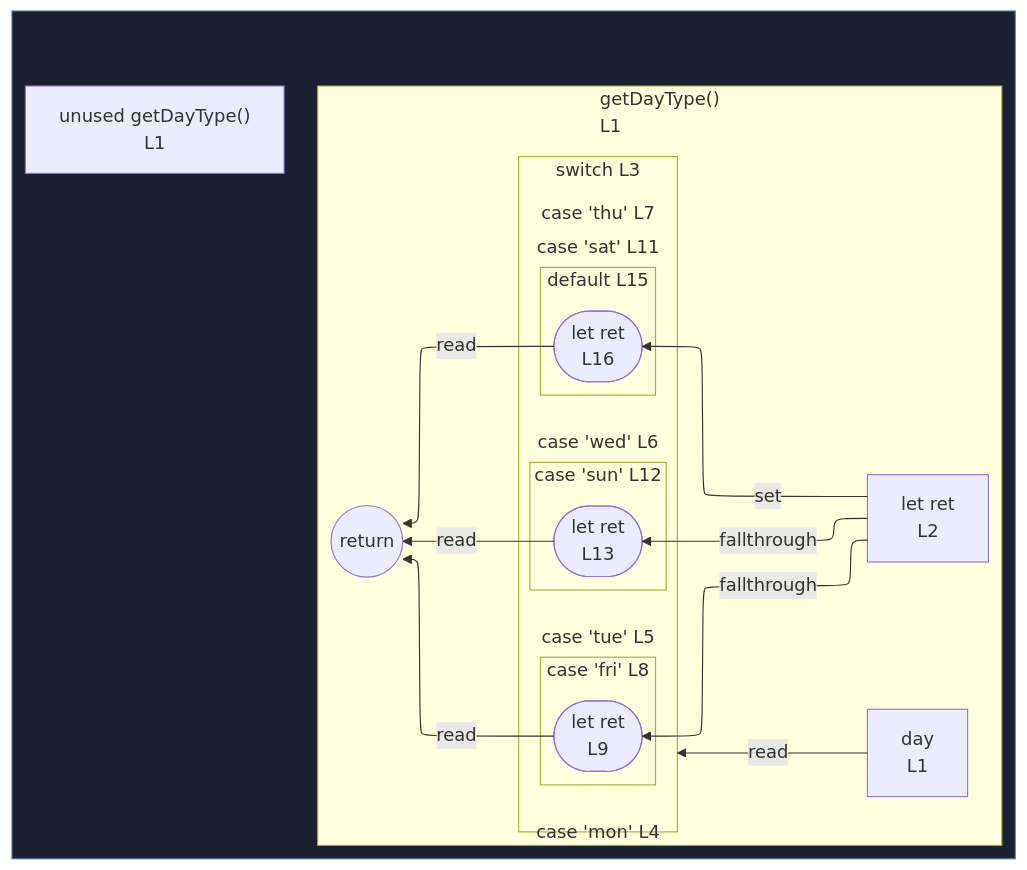
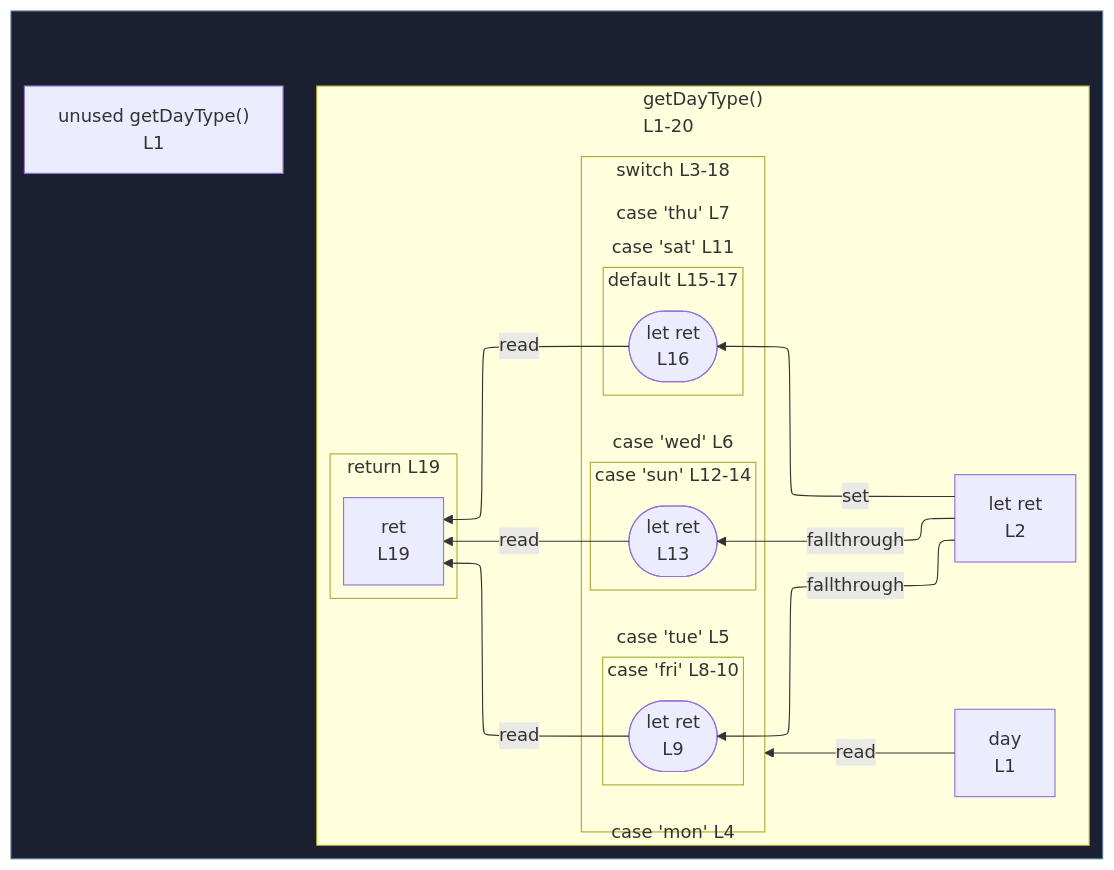
Before and after one commit to crescware/unsnarl: the diagram in integration/fixtures/function-switch-grouped-cases/preview.md, drawn with Mermaid. The commit also changed 125 other files, not shown here.

````diff
--- a/integration/fixtures/function-switch-grouped-cases/preview.md
+++ b/integration/fixtures/function-switch-grouped-cases/preview.md
@@ -30,53 +30,56 @@
 ```mermaid
 %%{init: {"flowchart": {"defaultRenderer": "elk"}}}%%
 flowchart RL
   subgraph wrap_s_scope_1[" "]
     direction TB
     n_scope_0_getDayType_9["unused getDayType()<br/>L1"]
-    subgraph s_scope_1["getDayType()<br/>L1"]
+    subgraph s_scope_1["getDayType()<br/>L1-20"]
       direction RL
-      return_scope_0_getDayType_9((return))
       n_scope_1_day_20["day<br/>L1"]
       n_scope_1_ret_33["let ret<br/>L2"]
-      subgraph s_scope_2["switch L3"]
+      subgraph s_return_scope_0_getDayType_9["return L19"]
+        direction RL
+        ret_use_ref_4["ret<br/>L19"]
+      end
+      subgraph s_scope_2["switch L3-18"]
         direction RL
         subgraph s_scope_3["case 'mon' L4"]
           direction RL
         end
         subgraph s_scope_4["case 'tue' L5"]
           direction RL
         end
         subgraph s_scope_5["case 'wed' L6"]
           direction RL
         end
         subgraph s_scope_6["case 'thu' L7"]
           direction RL
         end
-        subgraph s_scope_7["case 'fri' L8"]
+        subgraph s_scope_7["case 'fri' L8-10"]
           direction RL
           wr_ref_1(["let ret<br/>L9"])
         end
         subgraph s_scope_8["case 'sat' L11"]
           direction RL
         end
-        subgraph s_scope_9["case 'sun' L12"]
+        subgraph s_scope_9["case 'sun' L12-14"]
           direction RL
           wr_ref_2(["let ret<br/>L13"])
         end
-        subgraph s_scope_10["default L15"]
+        subgraph s_scope_10["default L15-17"]
           direction RL
           wr_ref_3(["let ret<br/>L16"])
         end
       end
     end
   end
   n_scope_1_ret_33 -->|fallthrough| wr_ref_1
   n_scope_1_ret_33 -->|fallthrough| wr_ref_2
   n_scope_1_ret_33 -->|set| wr_ref_3
   n_scope_1_day_20 -->|read| s_scope_2
-  wr_ref_1 -->|read| return_scope_0_getDayType_9
-  wr_ref_2 -->|read| return_scope_0_getDayType_9
-  wr_ref_3 -->|read| return_scope_0_getDayType_9
+  wr_ref_1 -->|read| ret_use_ref_4
+  wr_ref_2 -->|read| ret_use_ref_4
+  wr_ref_3 -->|read| ret_use_ref_4
   classDef fnWrap fill:#1a2030,stroke:#5a7d99;
   class wrap_s_scope_1 fnWrap;
 ```
````
